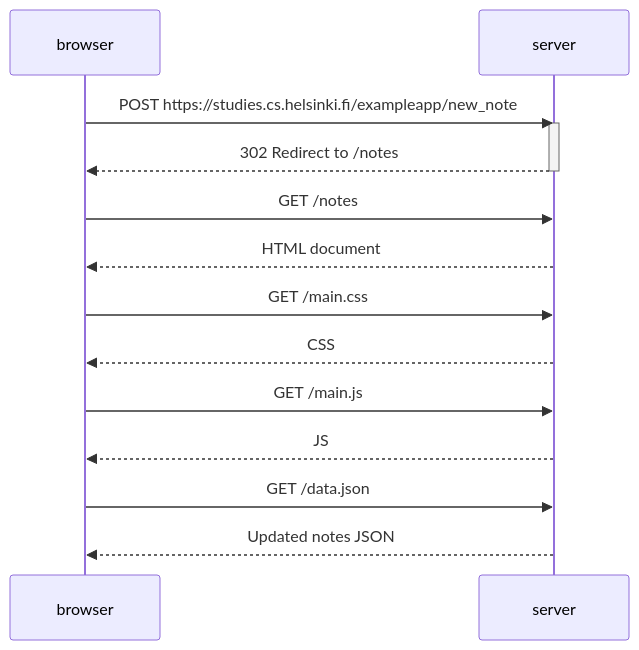
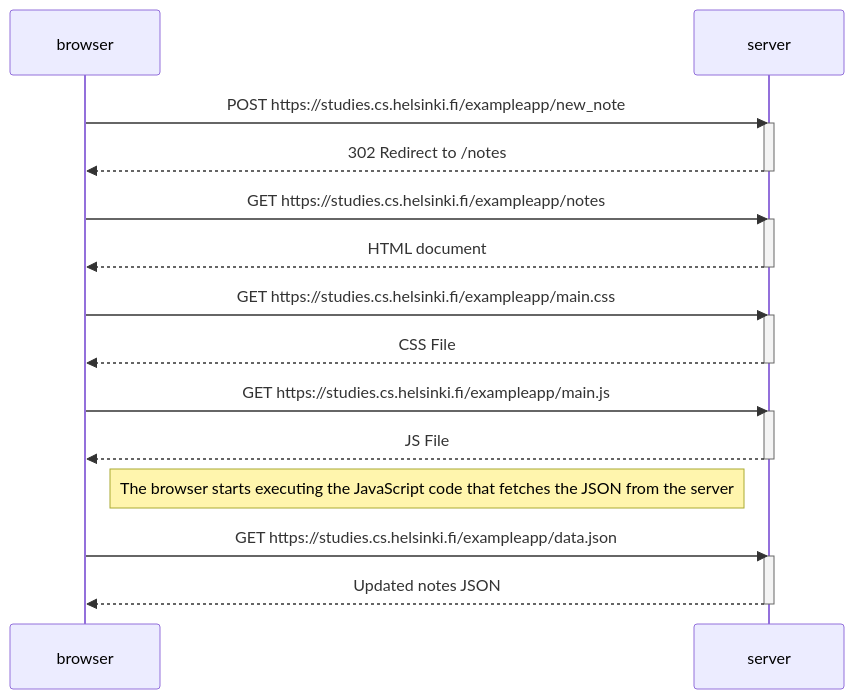
Before and after one commit to MaroufChaima/notes-diagrams: the diagram in part0exo4.md, drawn with Mermaid.

Commit message:
modified the diagram

````diff
--- a/part0exo4.md
+++ b/part0exo4.md
@@ -1,22 +1,32 @@
 ```mermaid
 sequenceDiagram
     participant browser
     participant server
 
     browser->>server: POST https://studies.cs.helsinki.fi/exampleapp/new_note
     activate server
     server-->>browser: 302 Redirect to /notes
     deactivate server
 
-    browser->>server: GET /notes
+    browser->>server: GET https://studies.cs.helsinki.fi/exampleapp/notes
+    activate server
     server-->>browser: HTML document
+    deactivate server
 
-    browser->>server: GET /main.css
-    server-->>browser: CSS
+    browser->>server: GET https://studies.cs.helsinki.fi/exampleapp/main.css
+    activate server
+    server-->>browser: CSS File
+    deactivate server
 
-    browser->>server: GET /main.js
-    server-->>browser: JS
+    browser->>server: GET https://studies.cs.helsinki.fi/exampleapp/main.js
+    activate server
+    server-->>browser: JS File
+    deactivate server
 
-    browser->>server: GET /data.json
+     Note right of browser: The browser starts executing the JavaScript code that fetches the JSON from the server
+
+    browser->>server: GET https://studies.cs.helsinki.fi/exampleapp/data.json
+    activate server
     server-->>browser: Updated notes JSON
+    deactivate server
 ```
````
